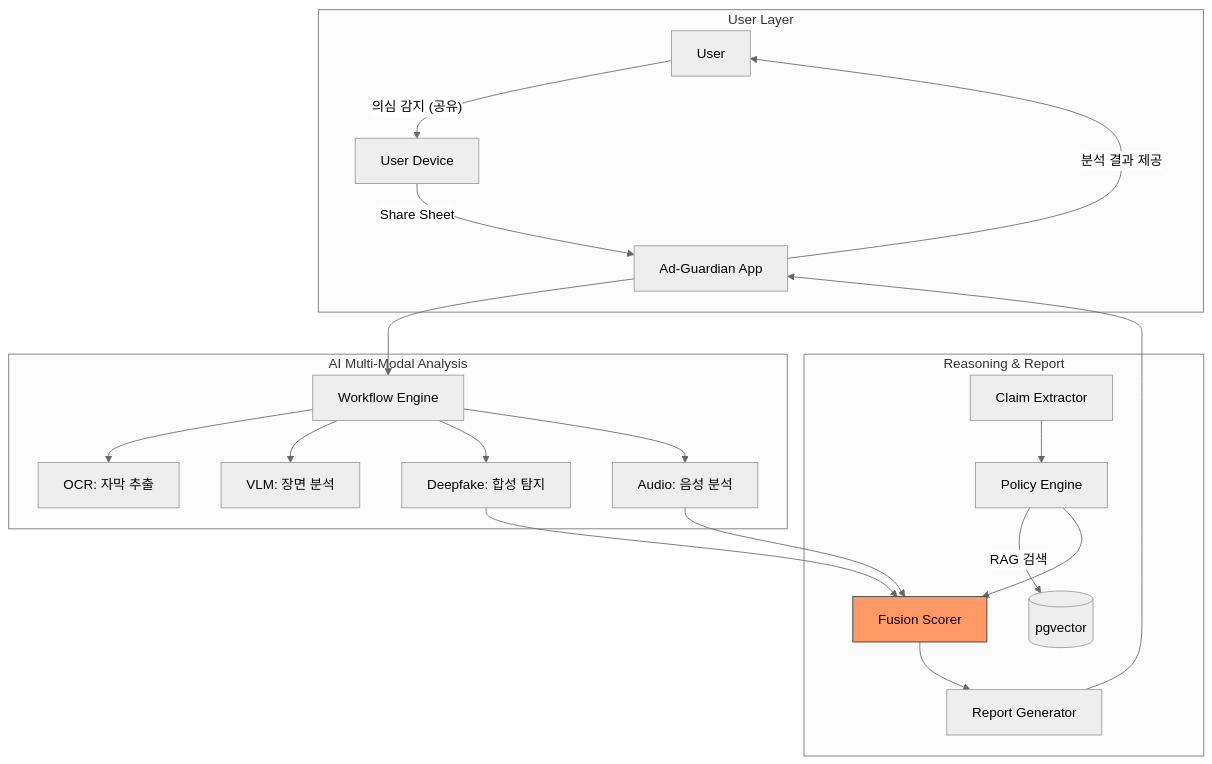
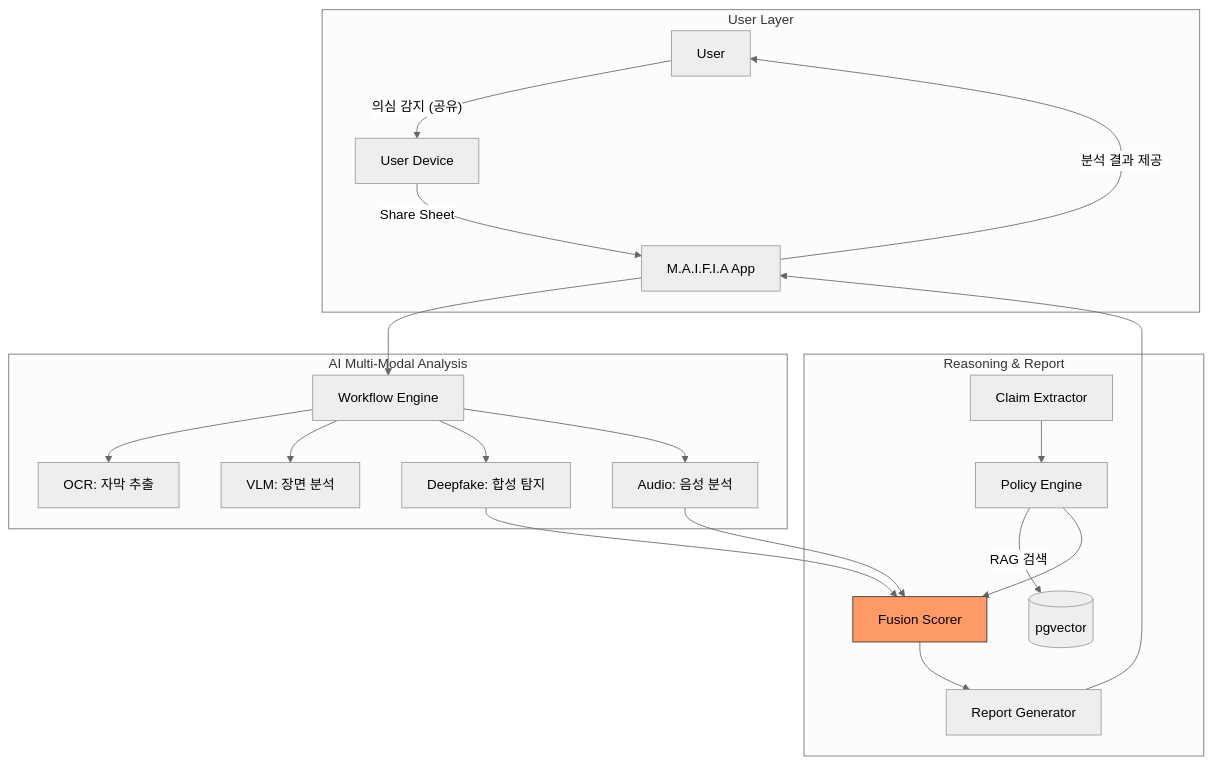
Before and after one commit to codewhite7777/codyssey_E2-1: the diagram in docs/proposal/05_system_architecture.md, drawn with Mermaid (neutral theme). The commit also changed other lines of this file and 3 other files, not shown here.

````diff
--- a/docs/proposal/05_system_architecture.md
+++ b/docs/proposal/05_system_architecture.md
@@ -12,27 +12,27 @@
 ```mermaid
 graph TD
     subgraph "User Layer"
         U[User] -- "의심 감지 (공유)" --> UD[User Device]
-        UD -- "Share Sheet" --> APP[Ad-Guardian App]
+        UD -- "Share Sheet" --> APP[M.A.I.F.I.A App]
     end
 
     subgraph "AI Multi-Modal Analysis"
         WF[Workflow Engine] --> OCR[OCR: 자막 추출]
         WF --> VLM[VLM: 장면 분석]
         WF --> DF[Deepfake: 합성 탐지]
         WF --> AF[Audio: 음성 분석]
     end
 
     subgraph "Reasoning & Report"
         CE[Claim Extractor] --> PE[Policy Engine]
         PE -- "RAG 검색" --> VDB[(pgvector)]
         PE & DF & AF --> FS[Fusion Scorer]
         FS --> RG[Report Generator]
     end
 
     APP --> WF
     RG --> APP
     APP -- "분석 결과 제공" --> U
 
     style FS fill:#f96,stroke:#333
 ```
````
